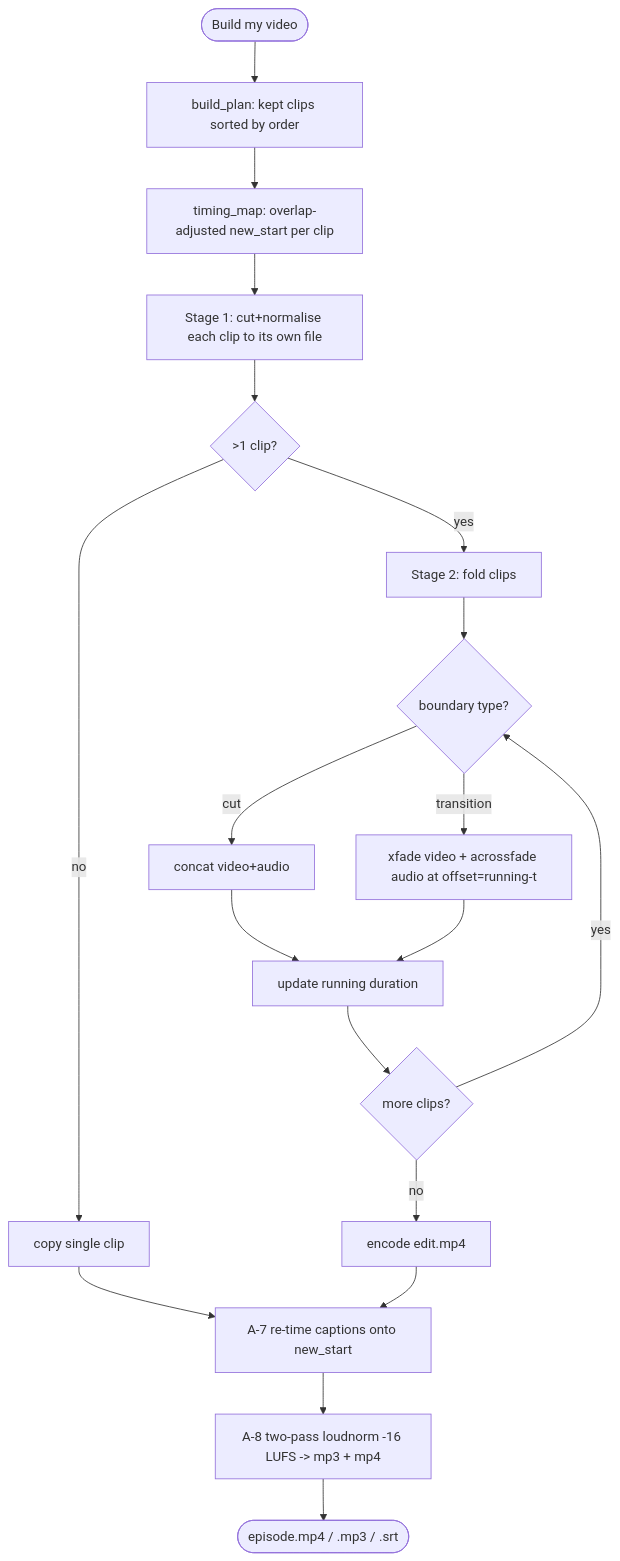
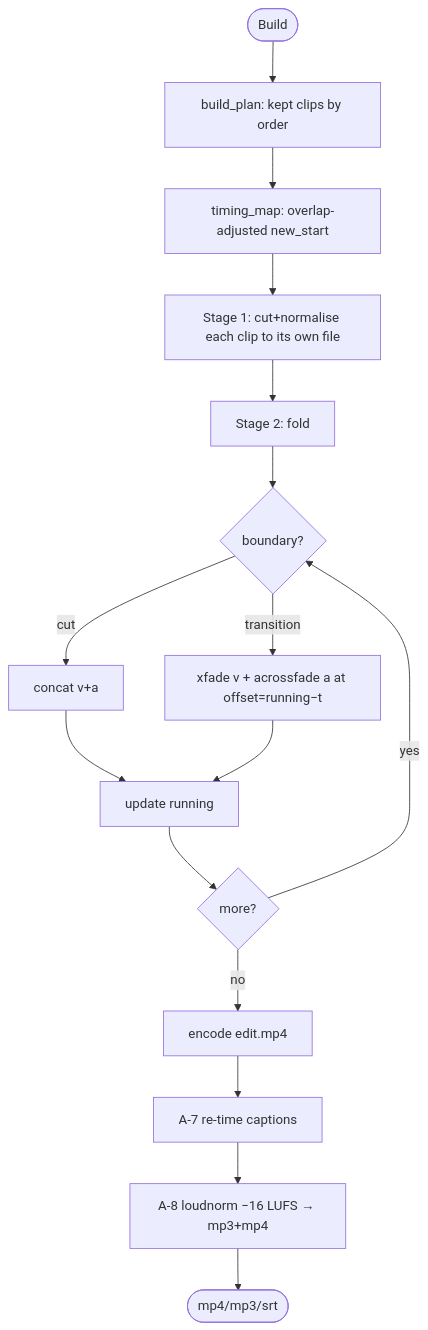
One commit to KarmaPoliceGitRepo/planets changed the second of 3 diagrams in reelcut/mbse/04-behavior.md. Above: the diagram before and after it, drawn with Mermaid. The commit also changed other lines of this file and 7 other files, not shown here.

````diff
--- a/reelcut/mbse/04-behavior.md
+++ b/reelcut/mbse/04-behavior.md
@@ -23,21 +23,14 @@
 ```mermaid
 flowchart TD
-  start([Build my video]) --> plan[build_plan: kept clips sorted by order]
-  plan --> tm[timing_map: overlap-adjusted new_start per clip]
+  s([Build]) --> plan[build_plan: kept clips by order]
+  plan --> tm[timing_map: overlap-adjusted new_start]
   tm --> cut[Stage 1: cut+normalise each clip to its own file]
-  cut --> dec{>1 clip?}
-  dec -- no --> single[copy single clip]
-  dec -- yes --> join[Stage 2: fold clips]
-  join --> b{boundary type?}
-  b -- cut --> concat[concat video+audio]
-  b -- transition --> xf[xfade video + acrossfade audio at offset=running-t]
-  concat --> nextv
-  xf --> nextv[update running duration]
-  nextv --> more{more clips?}
+  cut --> join[Stage 2: fold]
+  join --> b{boundary?}
+  b -- cut --> cc[concat v+a]
+  b -- transition --> xf[xfade v + acrossfade a at offset=running−t]
+  cc --> upd[update running]; xf --> upd --> more{more?}
   more -- yes --> b
-  more -- no --> enc[encode edit.mp4]
-  single --> capn
-  enc --> capn[A-7 re-time captions onto new_start]
-  capn --> mas[A-8 two-pass loudnorm -16 LUFS -> mp3 + mp4]
-  mas --> done([episode.mp4 / .mp3 / .srt])
+  more -- no --> enc[encode edit.mp4] --> cap[A-7 re-time captions]
+  cap --> mas[A-8 loudnorm −16 LUFS → mp3+mp4] --> done([mp4/mp3/srt])
 ```
````
